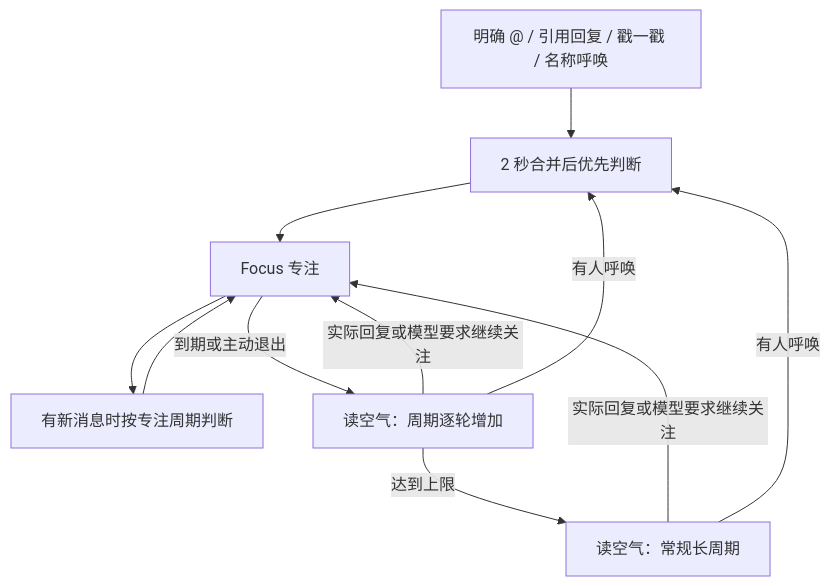
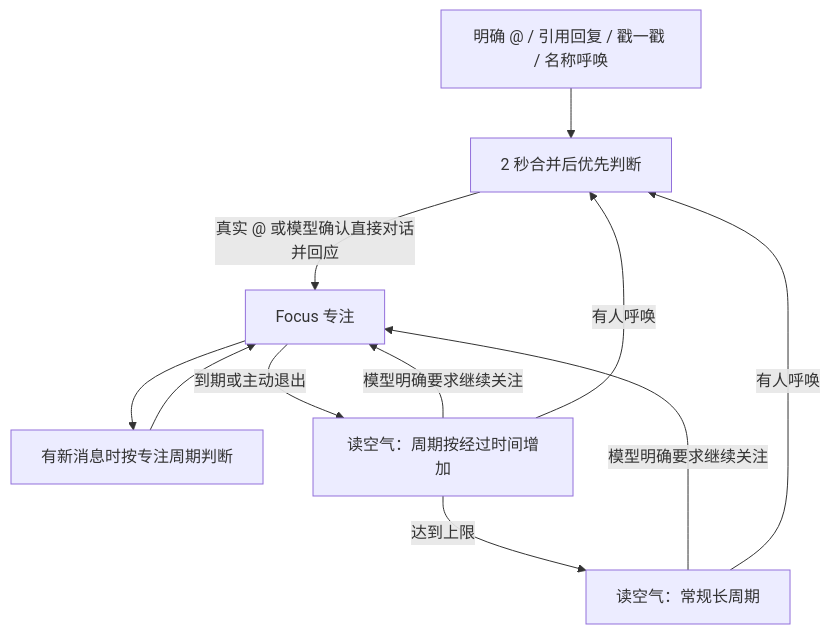
One commit to Desertro/astrbot_plugin_mem_chat changed the diagram in docs/ATTENTION_SCHEDULING_SPEC.md. Above: the diagram before and after it, drawn with Mermaid. The commit also changed other lines of this file and 28 other files, not shown here.

````diff
--- a/docs/ATTENTION_SCHEDULING_SPEC.md
+++ b/docs/ATTENTION_SCHEDULING_SPEC.md
@@ -15,13 +15,13 @@
 ```mermaid
 flowchart TD
     C[明确 @ / 引用回复 / 戳一戳 / 名称呼唤] --> A[2 秒合并后优先判断]
-    A --> F[Focus 专注]
+    A -->|真实 @ 或模型确认直接对话并回应| F[Focus 专注]
     F --> F2[有新消息时按专注周期判断]
     F2 --> F
-    F -->|到期或主动退出| W[读空气：周期逐轮增加]
+    F -->|到期或主动退出| W[读空气：周期按经过时间增加]
     W -->|达到上限| R[读空气：常规长周期]
-    W -->|实际回复或模型要求继续关注| F
-    R -->|实际回复或模型要求继续关注| F
+    W -->|模型明确要求继续关注| F
+    R -->|模型明确要求继续关注| F
     W -->|有人呼唤| A
     R -->|有人呼唤| A
 ```
````
